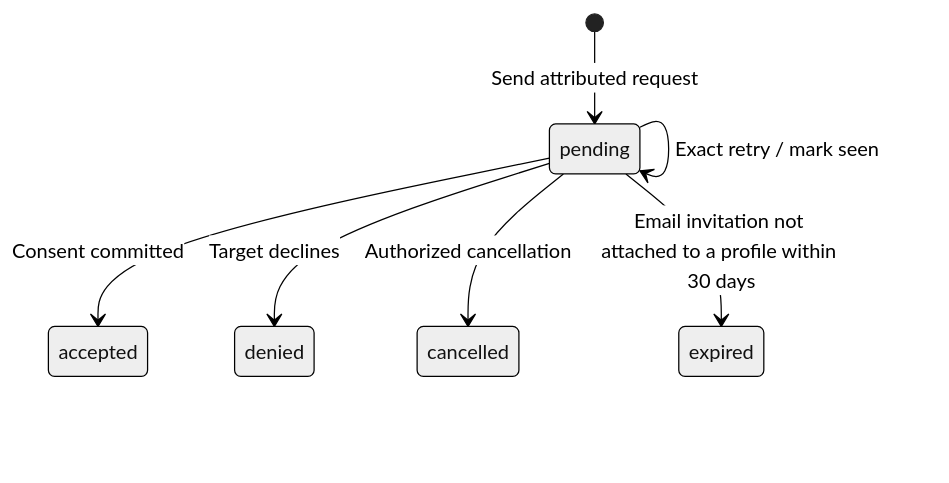
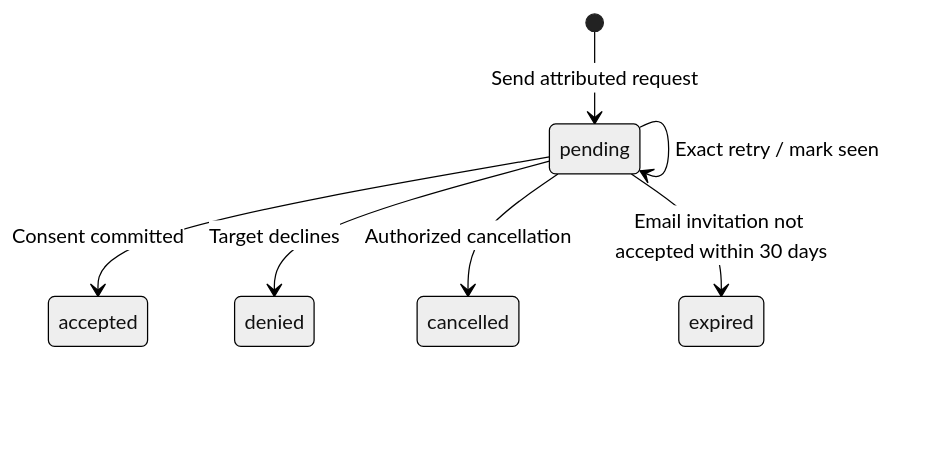
Before and after one commit to learningeconomy/LearnCard: the diagram in docs/sdks/learncard-network/contract-requests-and-events.md, drawn with Mermaid (neutral theme). The commit also changed other lines of this file and 4 other files, not shown here.

First line of the commit message:
docs(network): email invitations expire whether or not they reached an account; tighten demo and e2e checks (LC-2372)

````diff
--- a/docs/sdks/learncard-network/contract-requests-and-events.md
+++ b/docs/sdks/learncard-network/contract-requests-and-events.md
@@ -115,9 +115,9 @@
 ```mermaid
 stateDiagram-v2
     [*] --> pending: Send attributed request
     pending --> pending: Exact retry / mark seen
     pending --> accepted: Consent committed
     pending --> denied: Target declines
     pending --> cancelled: Authorized cancellation
-    pending --> expired: Email invitation not attached to a profile within 30 days
+    pending --> expired: Email invitation not accepted within 30 days
 ```
````
